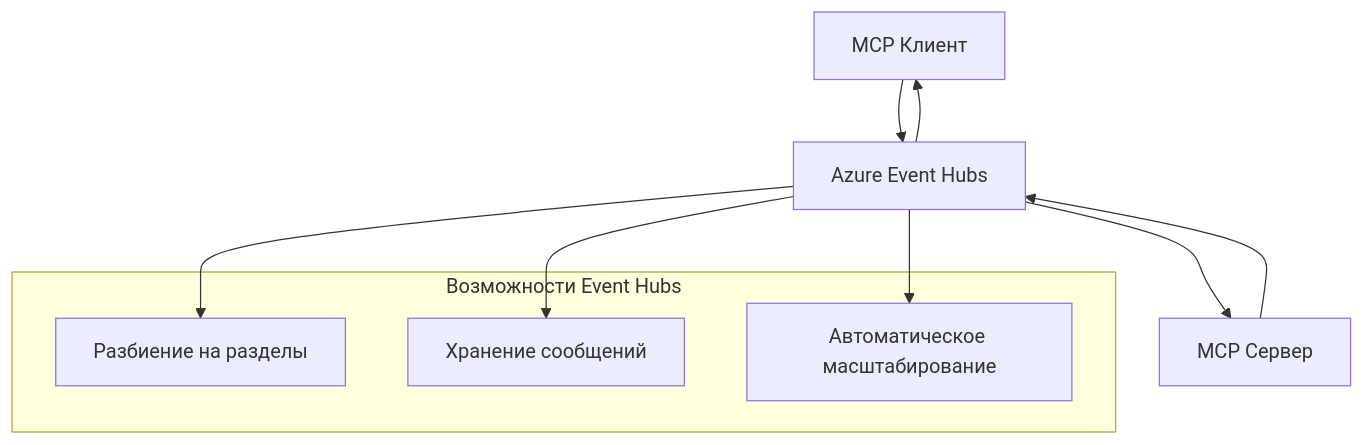
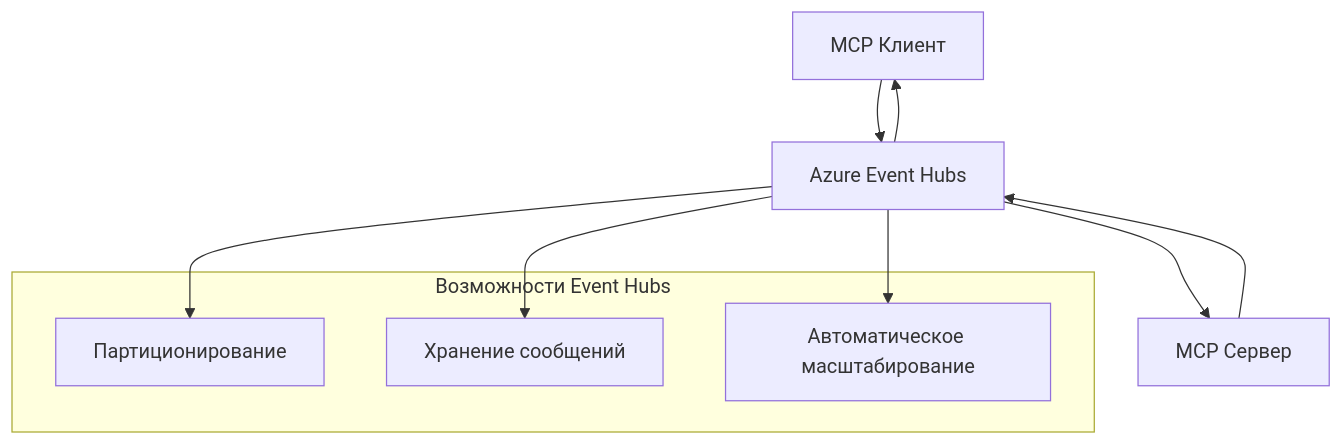
The second of 2 diagrams in mcp_ecosystem__model_context_protocol/mcp_learning_resources/mcp-for-beginners/translations/ru/05-AdvancedTopics/mcp-transport/README.md (HIDORAKAI002/ai-workspace-archive), drawn with Mermaid before and after one commit. The commit also changed other lines of this file and 1539 other files, not shown here.

````diff
--- a/mcp_ecosystem__model_context_protocol/mcp_learning_resources/mcp-for-beginners/translations/ru/05-AdvancedTopics/mcp-transport/README.md
+++ b/mcp_ecosystem__model_context_protocol/mcp_learning_resources/mcp-for-beginners/translations/ru/05-AdvancedTopics/mcp-transport/README.md
@@ -269,17 +270,17 @@
 ```mermaid
 graph TB
     Client[MCP Клиент] --> EH[Azure Event Hubs]
     EH --> Server[MCP Сервер]
     Server --> EH
     EH --> Client
     
     subgraph "Возможности Event Hubs"
-        Partition[Разбиение на разделы]
+        Partition[Партиционирование]
         Retention[Хранение сообщений]
         Scaling[Автоматическое масштабирование]
     end
     
     EH --> Partition
     EH --> Retention
     EH --> Scaling
 ```
````
